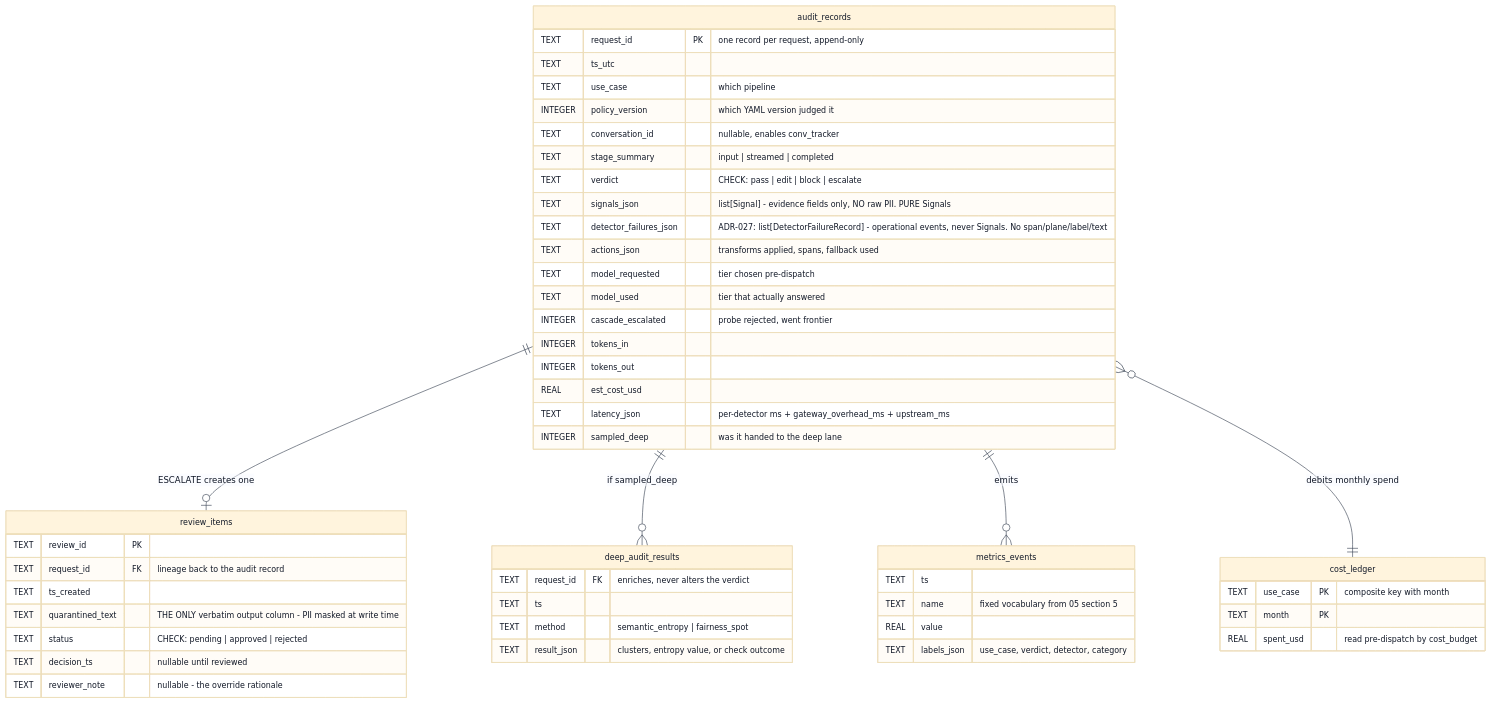
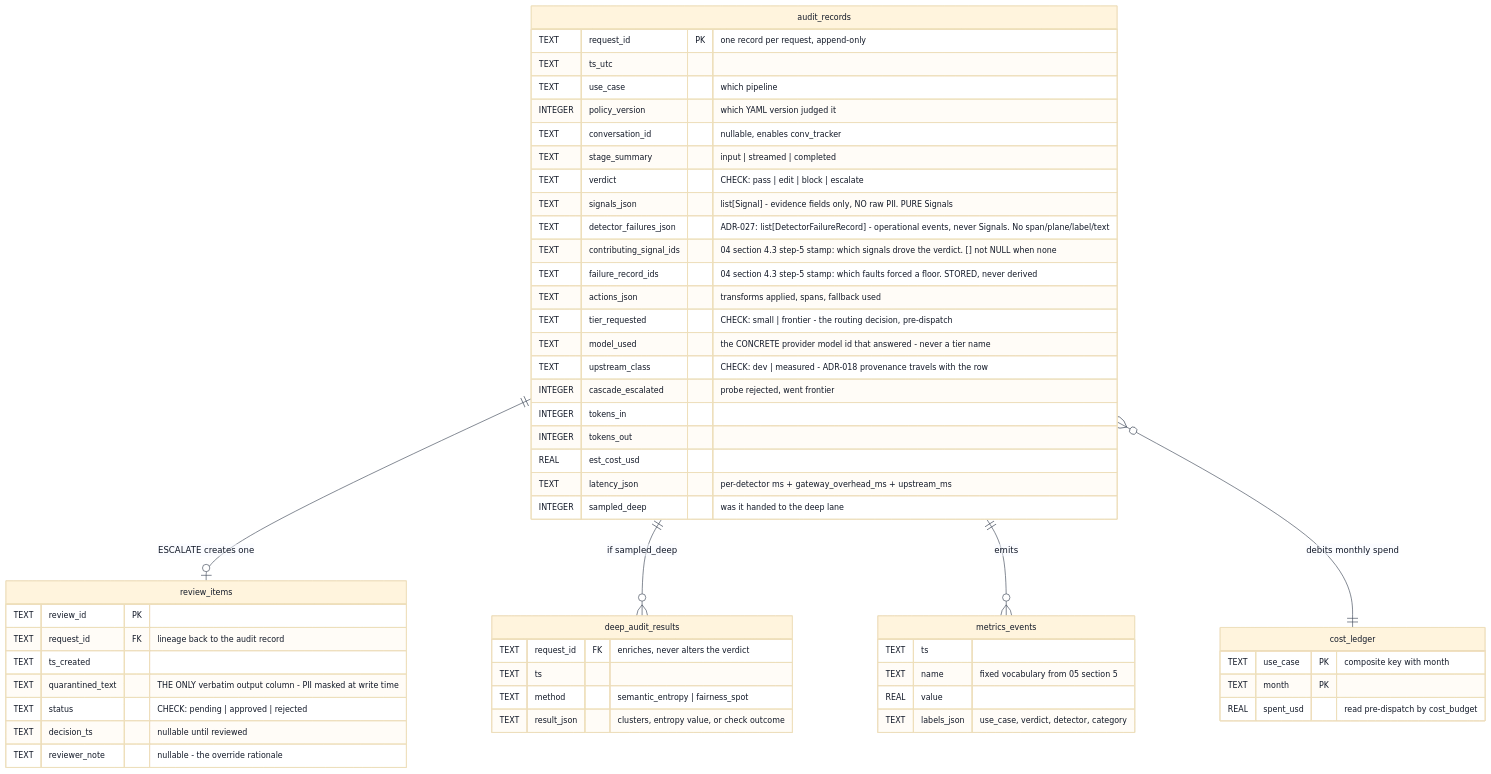
Before and after one commit to harshitsaini17/controlplane-ai: the diagram in docs/diagrams/10-audit-data-model.mmd, drawn with Mermaid.

First paragraph of the commit message:
docs: refresh the audit data-model diagram to the current 05 section 3 contract
The erDiagram still showed the pre-ADR-018 shape. Three defects, not two:

```diff
--- a/docs/diagrams/10-audit-data-model.mmd
+++ b/docs/diagrams/10-audit-data-model.mmd
@@ -1,59 +1,64 @@
 %%{init: {"theme":"base","themeVariables":{"fontFamily":"Inter, Segoe UI, Helvetica, Arial, sans-serif","fontSize":"13px","primaryTextColor":"#111827","lineColor":"#374151"}}}%%
-%% Source: docs/05-api-and-data-contracts.md 3 (SQLite schema) + ADR-006 + NFR-SEC-001.
+%% Source: docs/05-api-and-data-contracts.md 3 (SQLite schema) + ADR-006 + NFR-SEC-001
+%% + ADR-018 (tier/model split, upstream_class) + ADR-027 Amendment 1 (the step-5 stamp).
 %% Claim: exactly one column may hold verbatim model output, and it is masked before it is written.
+%% Claim: a tier name never masquerades as a model id, and the step-5 stamp is stored, not derived.
 erDiagram
   audit_records {
     TEXT request_id PK "one record per request, append-only"
     TEXT ts_utc
     TEXT use_case "which pipeline"
     INTEGER policy_version "which YAML version judged it"
     TEXT conversation_id "nullable, enables conv_tracker"
     TEXT stage_summary "input | streamed | completed"
     TEXT verdict "CHECK: pass | edit | block | escalate"
     TEXT signals_json "list[Signal] - evidence fields only, NO raw PII. PURE Signals"
     TEXT detector_failures_json "ADR-027: list[DetectorFailureRecord] - operational events, never Signals. No span/plane/label/text"
+    TEXT contributing_signal_ids "04 section 4.3 step-5 stamp: which signals drove the verdict. [] not NULL when none"
+    TEXT failure_record_ids "04 section 4.3 step-5 stamp: which faults forced a floor. STORED, never derived"
     TEXT actions_json "transforms applied, spans, fallback used"
-    TEXT model_requested "tier chosen pre-dispatch"
-    TEXT model_used "tier that actually answered"
+    TEXT tier_requested "CHECK: small | frontier - the routing decision, pre-dispatch"
+    TEXT model_used "the CONCRETE provider model id that answered - never a tier name"
+    TEXT upstream_class "CHECK: dev | measured - ADR-018 provenance travels with the row"
     INTEGER cascade_escalated "probe rejected, went frontier"
     INTEGER tokens_in
     INTEGER tokens_out
     REAL est_cost_usd
     TEXT latency_json "per-detector ms + gateway_overhead_ms + upstream_ms"
     INTEGER sampled_deep "was it handed to the deep lane"
   }
 
   review_items {
     TEXT review_id PK
     TEXT request_id FK "lineage back to the audit record"
     TEXT ts_created
     TEXT quarantined_text "THE ONLY verbatim output column - PII masked at write time"
     TEXT status "CHECK: pending | approved | rejected"
     TEXT decision_ts "nullable until reviewed"
     TEXT reviewer_note "nullable - the override rationale"
   }
 
   deep_audit_results {
     TEXT request_id FK "enriches, never alters the verdict"
     TEXT ts
     TEXT method "semantic_entropy | fairness_spot"
     TEXT result_json "clusters, entropy value, or check outcome"
   }
 
   metrics_events {
     TEXT ts
     TEXT name "fixed vocabulary from 05 section 5"
     REAL value
     TEXT labels_json "use_case, verdict, detector, category"
   }
 
   cost_ledger {
     TEXT use_case PK "composite key with month"
     TEXT month PK
     REAL spent_usd "read pre-dispatch by cost_budget"
   }
 
   audit_records ||--o| review_items : "ESCALATE creates one"
   audit_records ||--o{ deep_audit_results : "if sampled_deep"
   audit_records ||--o{ metrics_events : "emits"
   audit_records }o--|| cost_ledger : "debits monthly spend"
```
